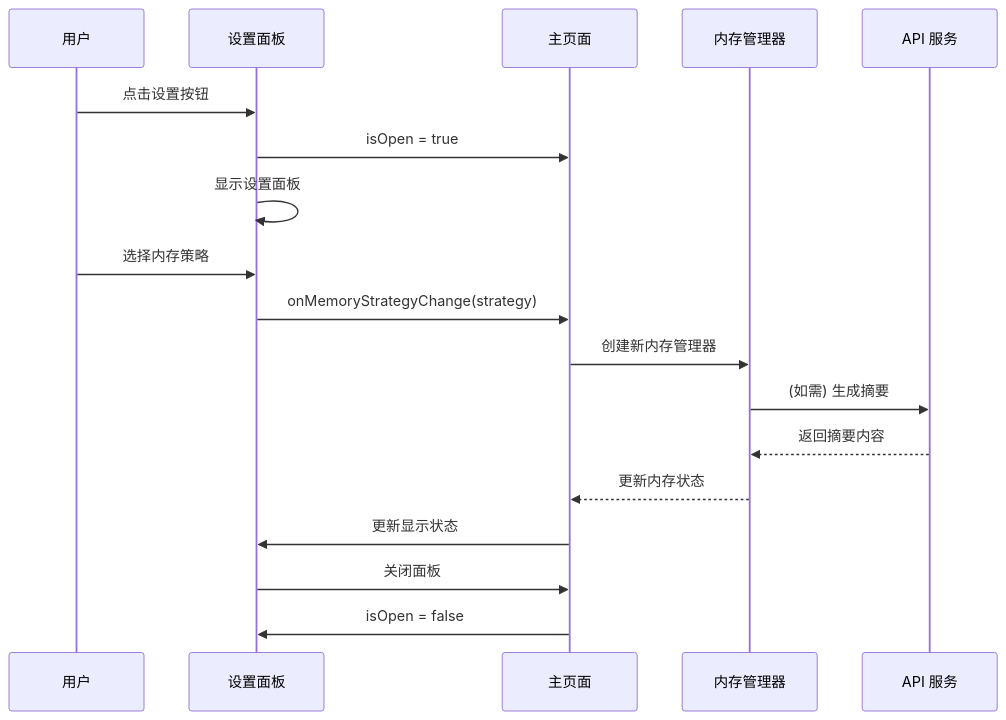
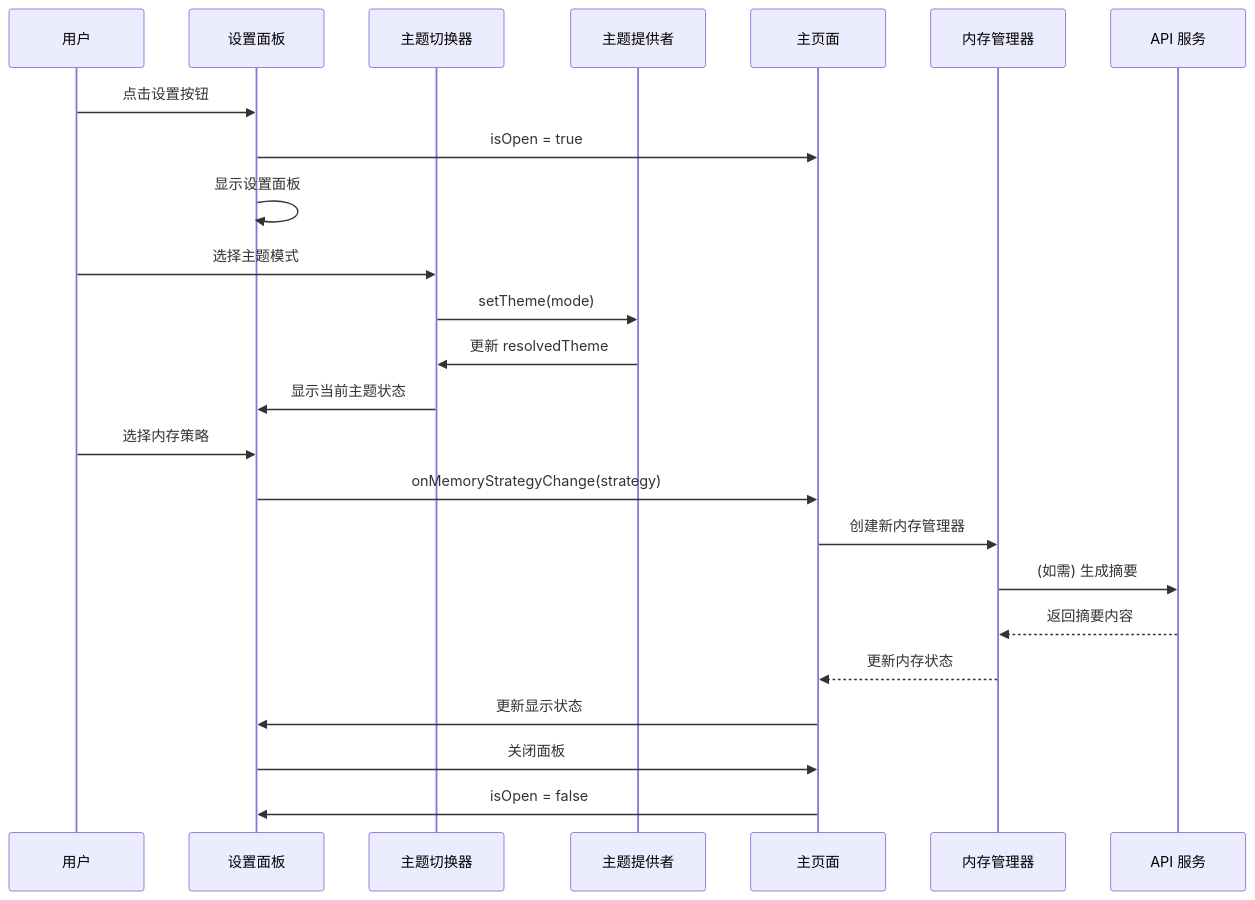
The second of 12 diagrams in .qoder/repowiki/zh/content/项目概述/整体架构概览/Web应用程序/设置面板组件.md (CryptoLinxu/Web3-AI-Agent), drawn with Mermaid before and after one commit. The commit also changed other lines of this file and 18 other files, not shown here.

````diff
--- a/.qoder/repowiki/zh/content/项目概述/整体架构概览/Web应用程序/设置面板组件.md
+++ b/.qoder/repowiki/zh/content/项目概述/整体架构概览/Web应用程序/设置面板组件.md
@@ -108,20 +149,26 @@
 ```mermaid
 sequenceDiagram
 participant User as 用户
 participant Settings as 设置面板
+participant ThemeSwitcher as 主题切换器
+participant ThemeProvider as 主题提供者
 participant Page as 主页面
 participant Memory as 内存管理器
 participant API as API 服务
 User->>Settings : 点击设置按钮
 Settings->>Page : isOpen = true
 Settings->>Settings : 显示设置面板
+User->>ThemeSwitcher : 选择主题模式
+ThemeSwitcher->>ThemeProvider : setTheme(mode)
+ThemeProvider->>ThemeSwitcher : 更新 resolvedTheme
+ThemeSwitcher->>Settings : 显示当前主题状态
 User->>Settings : 选择内存策略
 Settings->>Page : onMemoryStrategyChange(strategy)
 Page->>Memory : 创建新内存管理器
 Memory->>API : (如需) 生成摘要
 API-->>Memory : 返回摘要内容
 Memory-->>Page : 更新内存状态
 Page->>Settings : 更新显示状态
 Settings->>Page : 关闭面板
 Page->>Settings : isOpen = false
 ```
````
